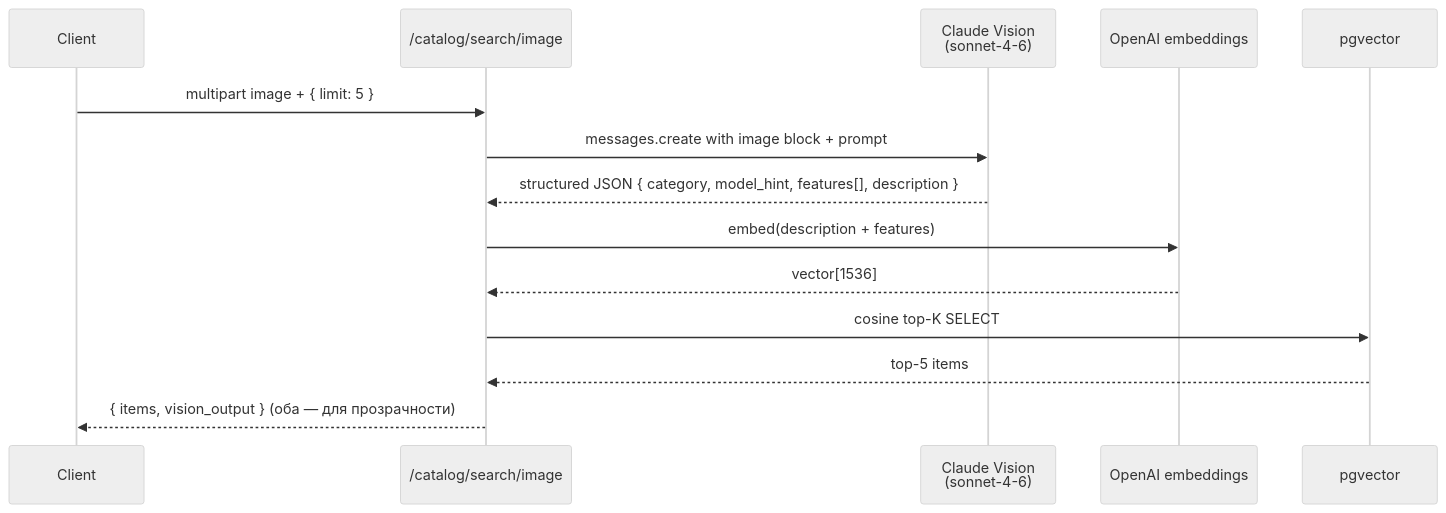
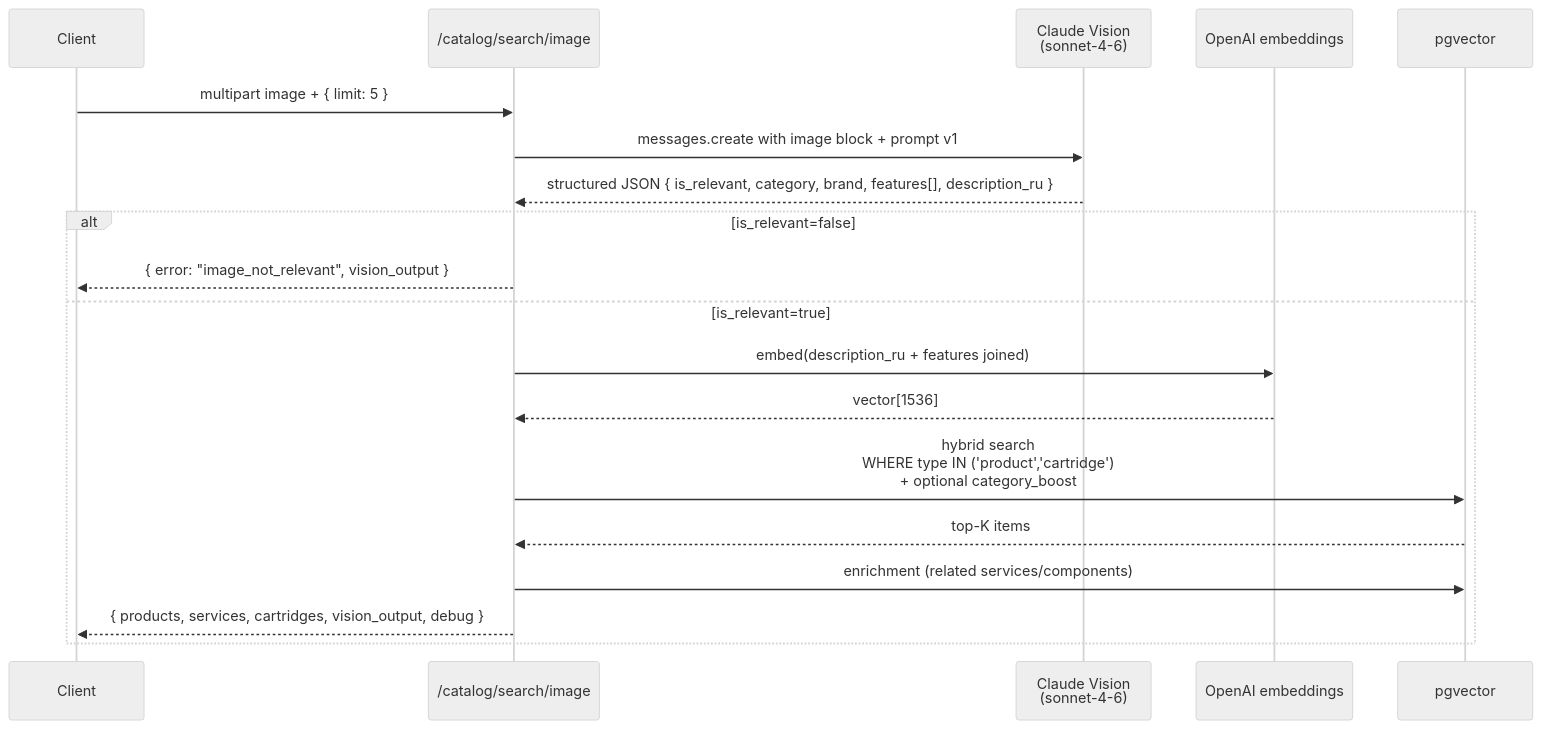
Before and after one commit to Pelmenya/slovo: the third of 3 diagrams in docs/features/vision-catalog-search.md, drawn with Mermaid (neutral theme). The commit also changed other lines of this file and 10 other files, not shown here.

````diff
--- a/docs/features/vision-catalog-search.md
+++ b/docs/features/vision-catalog-search.md
@@ -80,17 +136,23 @@
 ```mermaid
 sequenceDiagram
     participant Client
     participant API as /catalog/search/image
     participant CV as Claude Vision<br/>(sonnet-4-6)
     participant OAI as OpenAI embeddings
     participant PG as pgvector
 
     Client->>API: multipart image + { limit: 5 }
-    API->>CV: messages.create with image block + prompt
-    CV-->>API: structured JSON { category, model_hint, features[], description }
-    API->>OAI: embed(description + features)
-    OAI-->>API: vector[1536]
-    API->>PG: cosine top-K SELECT
-    PG-->>API: top-5 items
-    API-->>Client: { items, vision_output } (оба — для прозрачности)
+    API->>CV: messages.create with image block + prompt v1
+    CV-->>API: structured JSON { is_relevant, category, brand, features[], description_ru }
+
+    alt is_relevant=false
+        API-->>Client: { error: "image_not_relevant", vision_output }
+    else is_relevant=true
+        API->>OAI: embed(description_ru + features joined)
+        OAI-->>API: vector[1536]
+        API->>PG: hybrid search<br/>WHERE type IN ('product','cartridge')<br/>+ optional category_boost
+        PG-->>API: top-K items
+        API->>PG: enrichment (related services/components)
+        API-->>Client: { products, services, cartridges, vision_output, debug }
+    end
 ```
````
